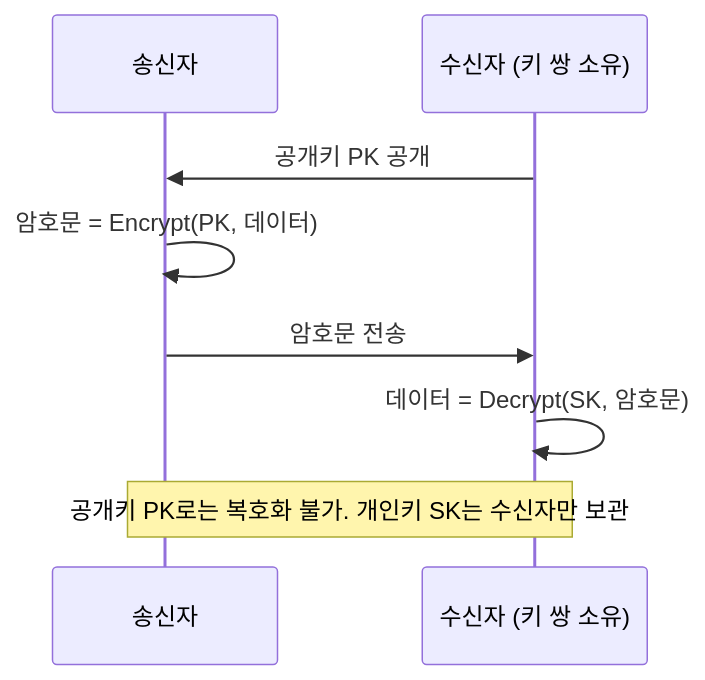
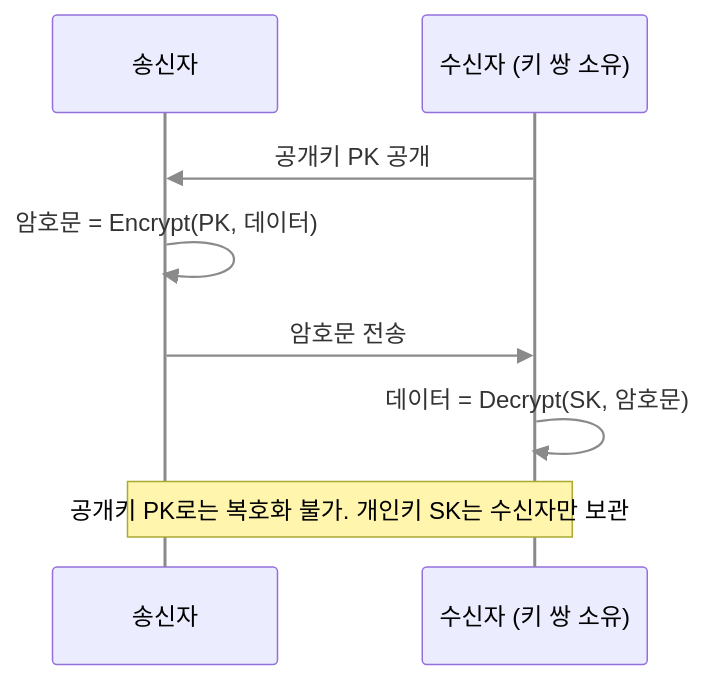
Before and after one commit to secututor/security-knowledge-base: the first of 4 diagrams in security-fundamentals/cryptography/asymmetric-encryption.md, drawn with Mermaid. The commit also changed other lines of this file and 3 other files, not shown here.

Commit message:
docs: 같은 페이지 앵커 링크를 파일명 포함 형태로 변경, Mermaid 선 색 시험 적용

````diff
--- a/security-fundamentals/cryptography/asymmetric-encryption.md
+++ b/security-fundamentals/cryptography/asymmetric-encryption.md
@@ -26,10 +26,11 @@
 ```mermaid
+%%{init: {"themeVariables": {"fontSize": "20px", "lineColor": "#8a8a8a", "signalColor": "#8a8a8a", "actorLineColor": "#8a8a8a"}, "flowchart": {"nodeSpacing": 25, "rankSpacing": 30}}}%%
 sequenceDiagram
     participant A as 송신자
     participant B as 수신자 (키 쌍 소유)
     B->>A: 공개키 PK 공개
     A->>A: 암호문 = Encrypt(PK, 데이터)
     A->>B: 암호문 전송
     B->>B: 데이터 = Decrypt(SK, 암호문)
     Note over A,B: 공개키 PK로는 복호화 불가. 개인키 SK는 수신자만 보관
 ```
````
